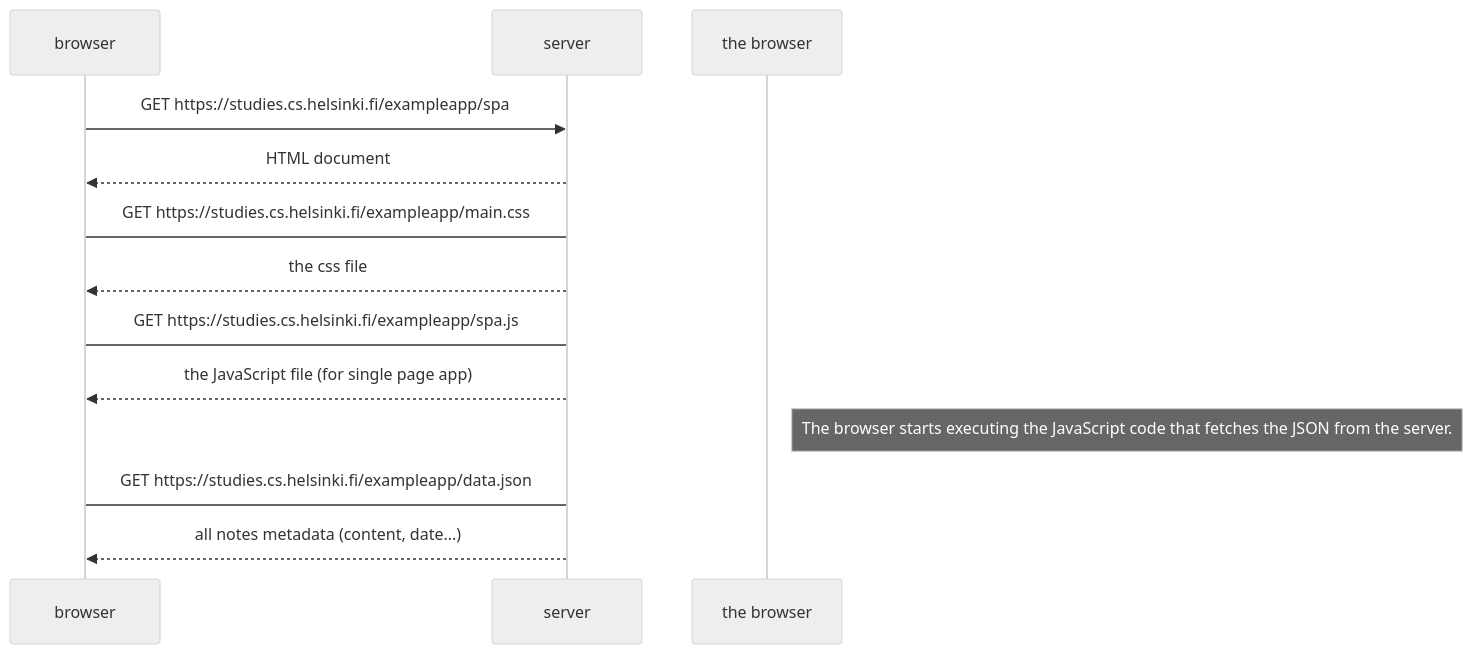
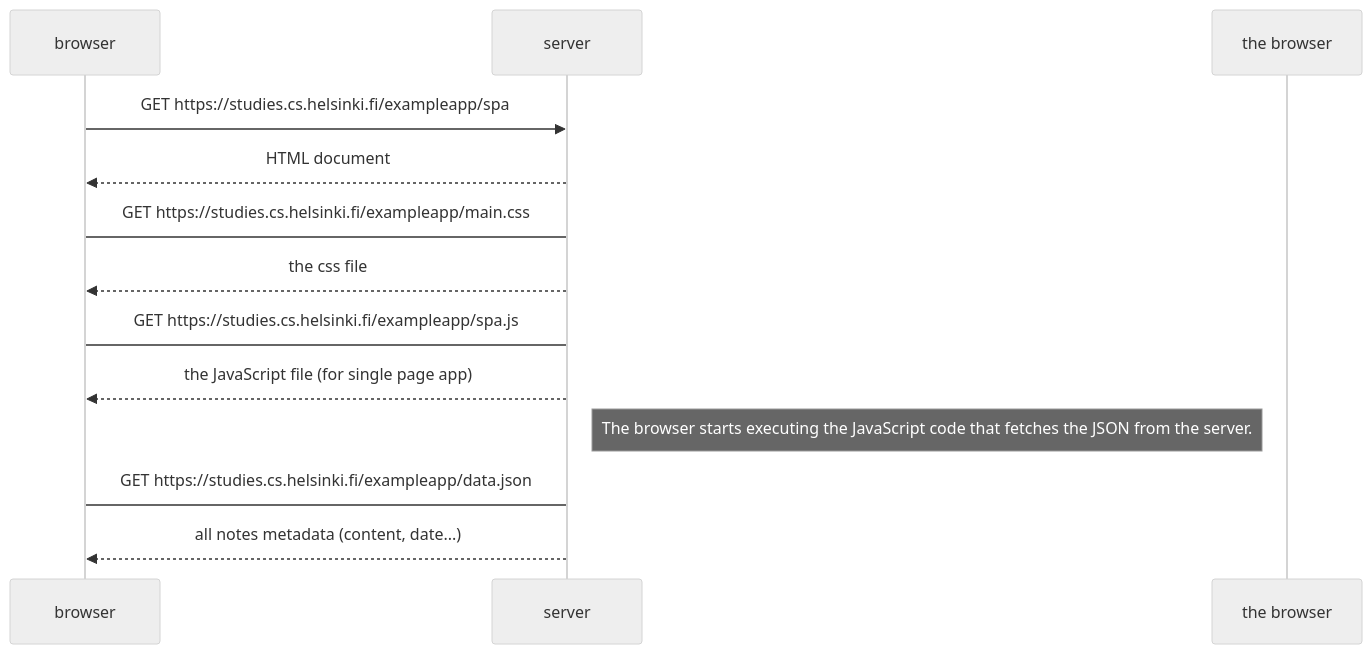
One commit to Sprachenmeister/Full_Stack_Open changed the diagram in part0/singlePageAppDiagram.md. Above: the diagram before and after it, drawn with Mermaid (neutral theme).

Commit message:
file update

````diff
--- a/part0/singlePageAppDiagram.md
+++ b/part0/singlePageAppDiagram.md
@@ -3,17 +3,17 @@
 ```mermaid
 sequenceDiagram
 
     browser->>server: GET https://studies.cs.helsinki.fi/exampleapp/spa
     server-->>browser: HTML document
 
     browser->server: GET https://studies.cs.helsinki.fi/exampleapp/main.css
     server-->>browser: the css file
 
     browser->server: GET https://studies.cs.helsinki.fi/exampleapp/spa.js
     server-->>browser: the JavaScript file (for single page app)
 
-    Note right of the browser: The browser starts executing the JavaScript code that fetches the JSON from the server.
+    Note left of the browser: The browser starts executing the JavaScript code that fetches the JSON from the server.
 
     browser->server: GET https://studies.cs.helsinki.fi/exampleapp/data.json
     server-->>browser: all notes metadata (content, date...)
 ```
````
